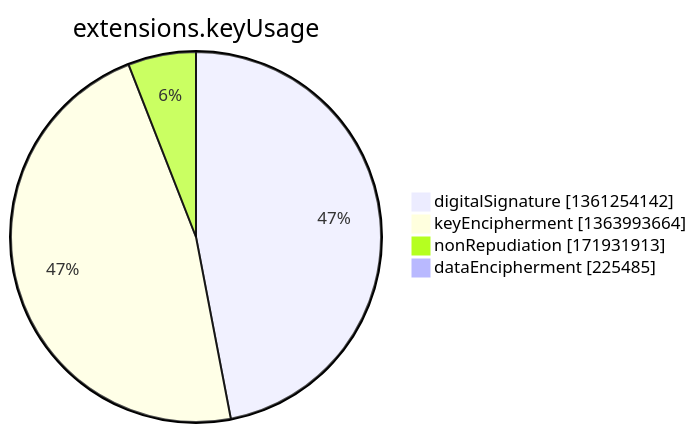
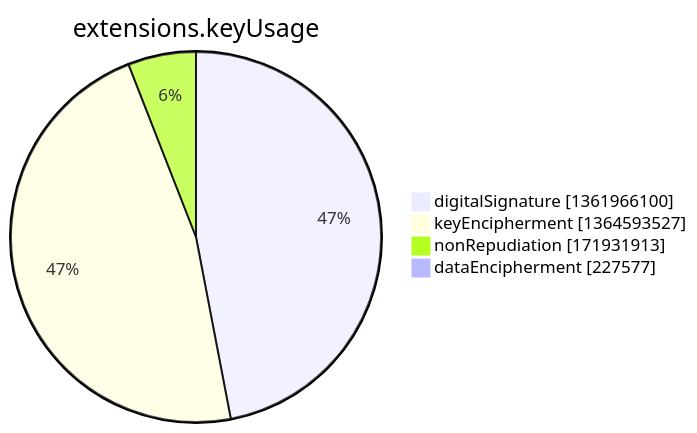
The seventh of 15 diagrams in argon2022/README.md (christiankrug/ctmonitor_visualization), drawn with Mermaid before and after one commit. The commit also changed other lines of this file, not shown here.

````diff
--- a/argon2022/README.md
+++ b/argon2022/README.md
@@ -2750,8 +2750,8 @@
 ```mermaid
 pie showData
 title extensions.keyUsage
-"digitalSignature" :1361254142
-"keyEncipherment" :1363993664
+"digitalSignature" :1361966100
+"keyEncipherment" :1364593527
 "nonRepudiation" :171931913
-"dataEncipherment" :225485
+"dataEncipherment" :227577
 ```
````
